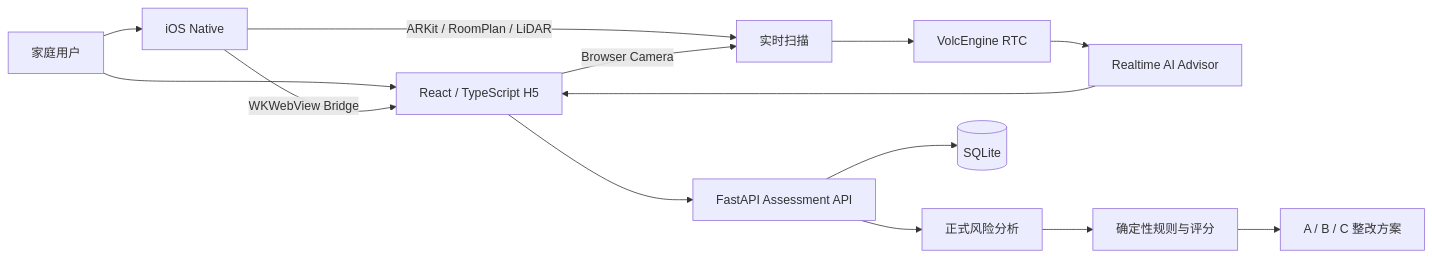
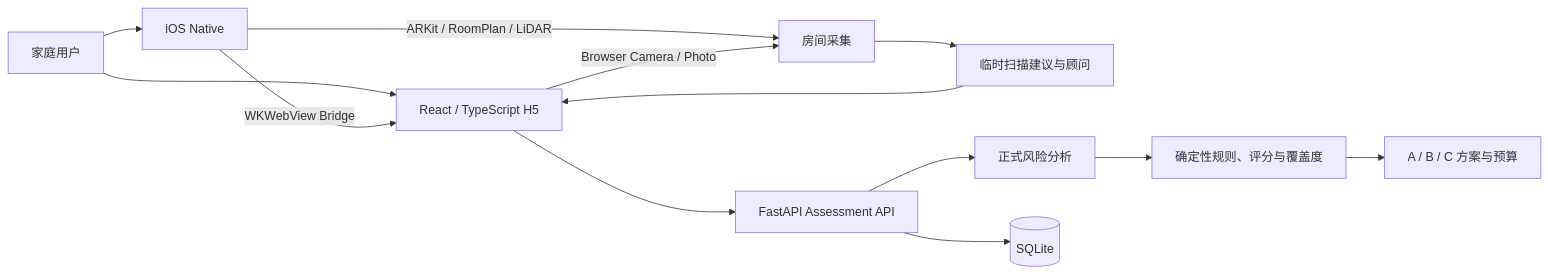
Before and after one commit to banshanbans/Hack: the diagram in README.md, drawn with Mermaid. The commit also changed other lines of this file and 421 other files, not shown here.

````diff
--- a/README.md
+++ b/README.md
@@ -66,19 +31,15 @@
 ```mermaid
 flowchart LR
-    U[家庭用户] --> H5[React / TypeScript H5]
+    U[家庭用户] --> Web[React / TypeScript H5]
     U --> IOS[iOS Native]
-
-    IOS -->|WKWebView Bridge| H5
-    IOS -->|ARKit / RoomPlan / LiDAR| Scan[实时扫描]
-    H5 -->|Browser Camera| Scan
-
-    H5 --> API[FastAPI Assessment API]
-    Scan --> RTC[VolcEngine RTC]
-    RTC --> Advisor[Realtime AI Advisor]
-    Advisor --> H5
-
+    IOS -->|WKWebView Bridge| Web
+    IOS -->|ARKit / RoomPlan / LiDAR| Capture[房间采集]
+    Web -->|Browser Camera / Photo| Capture
+    Web --> API[FastAPI Assessment API]
+    Capture --> Advisor[临时扫描建议与顾问]
+    Advisor --> Web
     API --> Analysis[正式风险分析]
-    Analysis --> Rules[确定性规则与评分]
-    Rules --> Plan[A / B / C 整改方案]
+    Analysis --> Rules[确定性规则、评分与覆盖度]
+    Rules --> Plans[A / B / C 方案与预算]
     API --> DB[(SQLite)]
 ```
````
